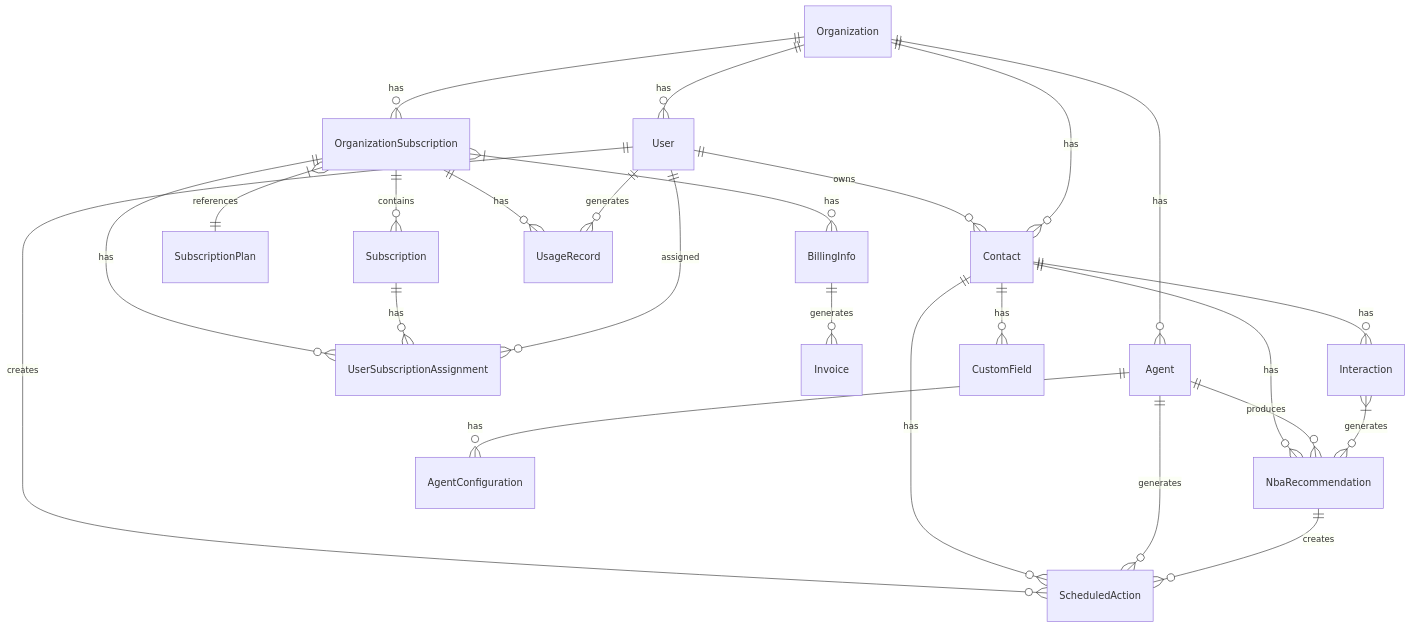
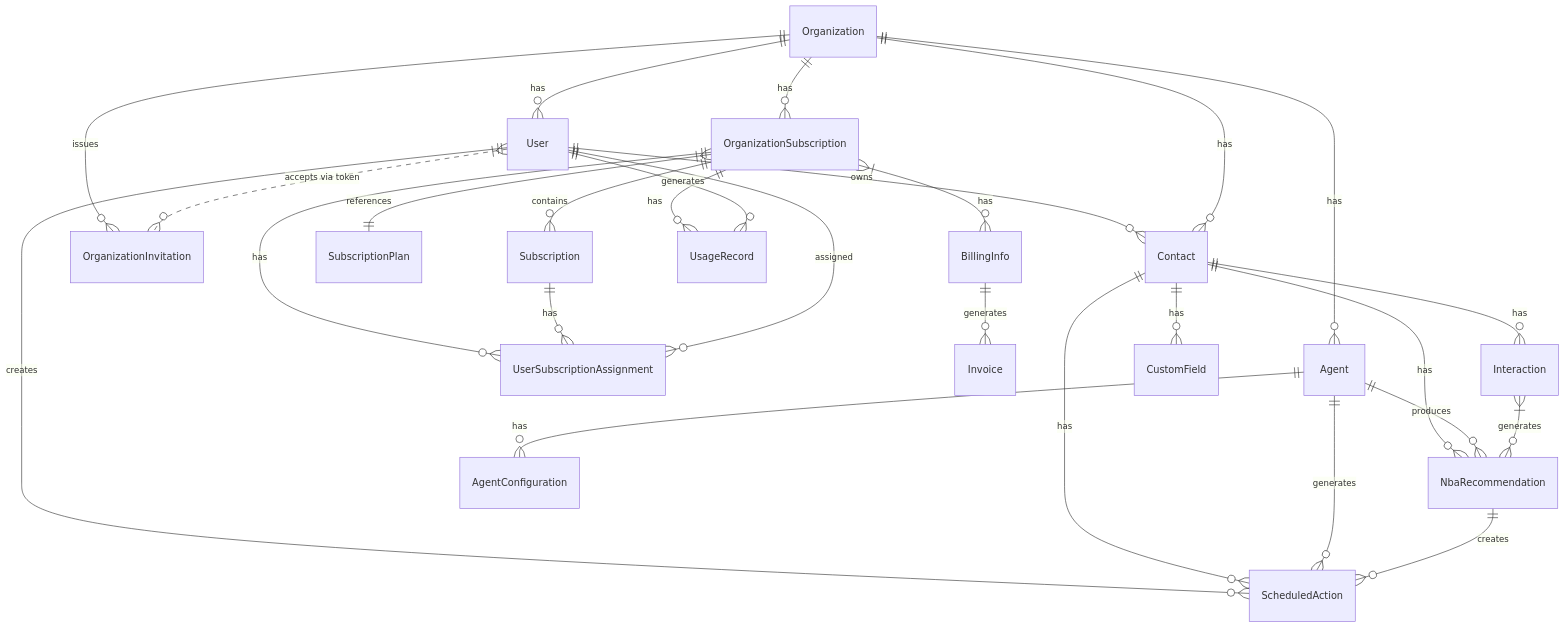
Before and after one commit to rhfdls/emma-clean: the diagram in docs/architecture/UNIFIED_SCHEMA.md, drawn with Mermaid. The commit also changed other lines of this file and 63 other files, not shown here.

````diff
--- a/docs/architecture/UNIFIED_SCHEMA.md
+++ b/docs/architecture/UNIFIED_SCHEMA.md
@@ -145,40 +149,42 @@
 ```mermaid
 erDiagram
     %% Core Entities
     User ||--o{ Contact : owns
     User ||--o{ ScheduledAction : creates
     Organization ||--o{ User : has
     Organization ||--o{ Contact : has
     Organization ||--o{ Agent : has
     Organization ||--o{ OrganizationSubscription : has
+    Organization ||--o{ OrganizationInvitation : issues
     
     %% Subscription Relationships
     OrganizationSubscription ||--o{ Subscription : contains
     OrganizationSubscription ||--o{ UserSubscriptionAssignment : has
     OrganizationSubscription }|--|| SubscriptionPlan : "references"
     Subscription ||--o{ UserSubscriptionAssignment : has
     User ||--o{ UserSubscriptionAssignment : assigned
     
     %% Billing Integration
     OrganizationSubscription }|--o{ BillingInfo : has
     BillingInfo ||--o{ Invoice : generates
     
     %% Usage Tracking
     OrganizationSubscription ||--o{ UsageRecord : has
     User ||--o{ UsageRecord : generates
     
     %% Contact Relationships
     Contact ||--o{ Interaction : has
     Contact ||--o{ CustomField : has
     Contact ||--o{ ScheduledAction : has
     Contact ||--o{ NbaRecommendation : has
     
     %% Agent Framework
     Agent ||--o{ ScheduledAction : generates
     Agent ||--o{ NbaRecommendation : produces
     Agent ||--o{ AgentConfiguration : has
     
     %% Workflow
     Interaction }|--o{ NbaRecommendation : generates
     NbaRecommendation ||--o{ ScheduledAction : creates
+    User }|..o{ OrganizationInvitation : "accepts via token"
 ```
````
